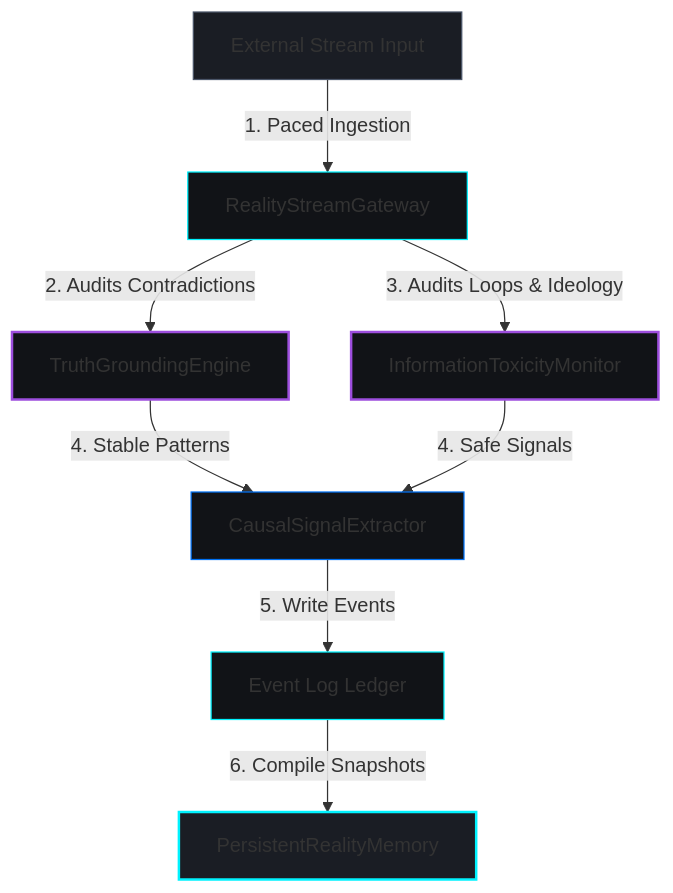
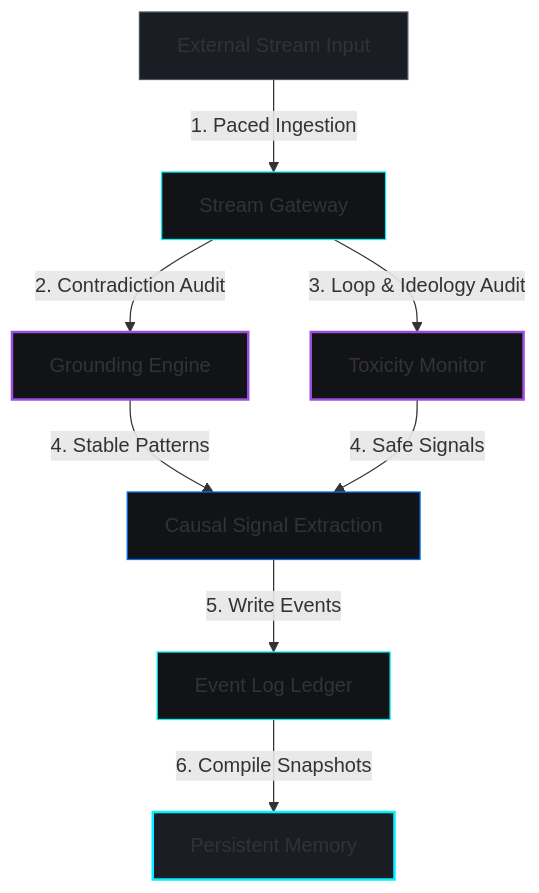
One commit to rk-roshan-kr/Earthos-public changed the diagram in docs/dataflow.md. Above: the diagram before and after it, drawn with Mermaid. The commit also changed other lines of this file and 6 other files, not shown here.

Commit message:
redact: remove equations, code, thresholds, invariants, file names, and internal architecture details from public docs

````diff
--- a/docs/dataflow.md
+++ b/docs/dataflow.md
@@ -11,20 +11,20 @@
 ```mermaid
 graph TD
-    Stream[External Stream Input] -->|1. Paced Ingestion| Gateway[RealityStreamGateway]
-    Gateway -->|2. Audits Contradictions| Grounding[TruthGroundingEngine]
-    Gateway -->|3. Audits Loops & Ideology| Toxicity[InformationToxicityMonitor]
+    Stream[External Stream Input] -->|1. Paced Ingestion| Gateway[Stream Gateway]
+    Gateway -->|2. Contradiction Audit| Grounding[Grounding Engine]
+    Gateway -->|3. Loop & Ideology Audit| Toxicity[Toxicity Monitor]
     
-    Grounding -->|4. Stable Patterns| Extractor[CausalSignalExtractor]
+    Grounding -->|4. Stable Patterns| Extractor[Causal Signal Extraction]
     Toxicity -->|4. Safe Signals| Extractor
     
     Extractor -->|5. Write Events| EventLog[Event Log Ledger]
-    EventLog -->|6. Compile Snapshots| Memory[PersistentRealityMemory]
+    EventLog -->|6. Compile Snapshots| Memory[Persistent Memory]
     
     style Stream fill:#1a1d24,stroke:#4a5568,stroke-width:1px;
     style Gateway fill:#111317,stroke:#00f2fe,stroke-width:1px;
     style Grounding fill:#111317,stroke:#9d4edd,stroke-width:2px;
     style Toxicity fill:#111317,stroke:#9d4edd,stroke-width:2px;
     style Extractor fill:#111317,stroke:#0070f3,stroke-width:1px;
     style EventLog fill:#111317,stroke:#00f2fe,stroke-width:1px;
     style Memory fill:#1a1d24,stroke:#00f2fe,stroke-width:2px;
 ```
````
